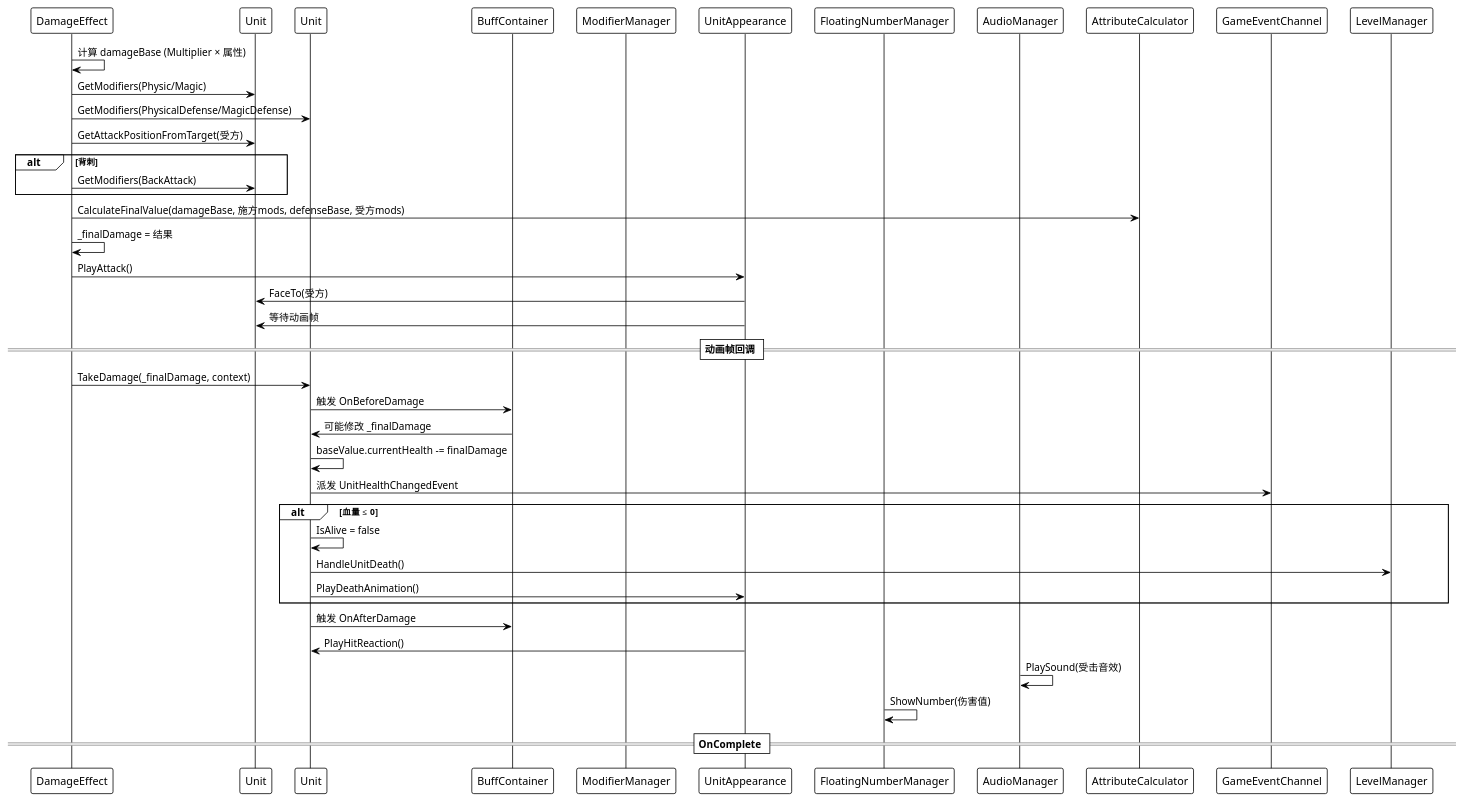
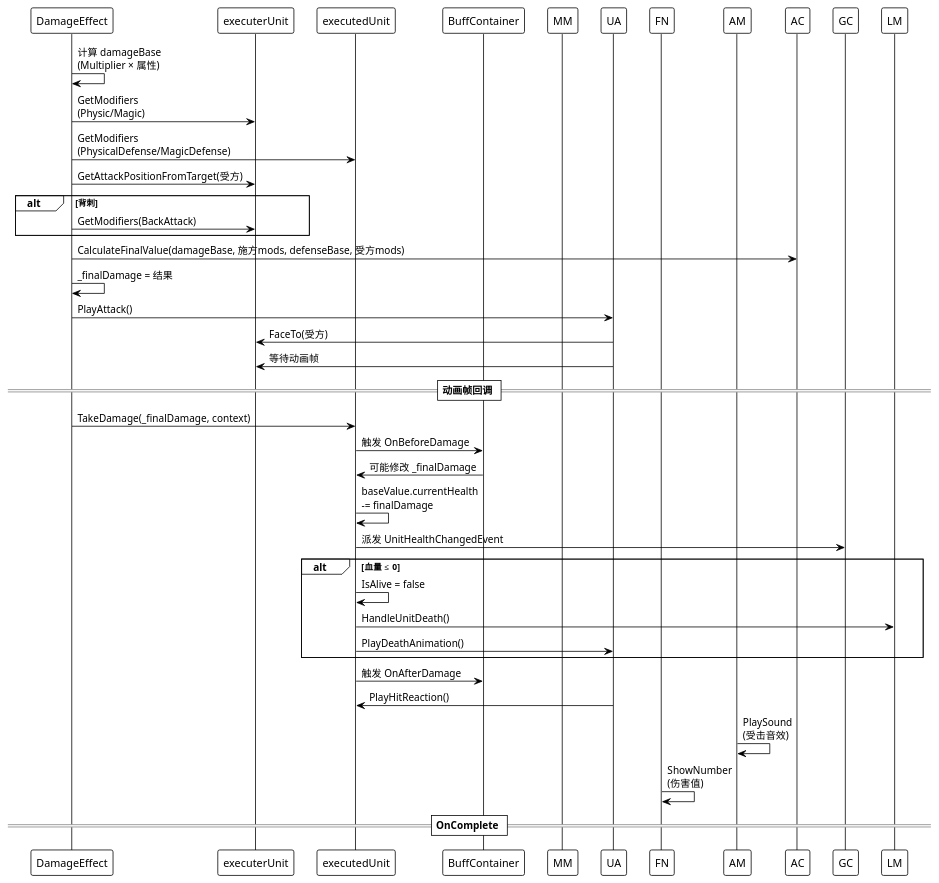
Before and after one commit to W00denL0ve/CardChess: the first of 2 diagrams in docs/design/system-overview/unit-system.md, drawn with PlantUML. The commit also changed other lines of this file and 40 other files, not shown here.

````diff
--- a/docs/design/system-overview/unit-system.md
+++ b/docs/design/system-overview/unit-system.md
@@ -122,49 +122,49 @@
 ```plantuml
 @startuml
 !theme plain
 skinparam defaultFontName Microsoft YaHei
 
 participant DamageEffect
-participant Unit as 施方
-participant Unit as 受方
+participant executerUnit as 施方
+participant executedUnit as 受方
 participant BuffContainer
-participant ModifierManager
-participant UnitAppearance
-participant FloatingNumberManager
-participant AudioManager
+participant MM as MM
+participant UA as UnitAppearance
+participant FN as FN
+participant AM as AM
 
-DamageEffect -> DamageEffect : 计算 damageBase (Multiplier × 属性)
-DamageEffect -> 施方 : GetModifiers(Physic/Magic)
-DamageEffect -> 受方 : GetModifiers(PhysicalDefense/MagicDefense)
+DamageEffect -> DamageEffect : 计算 damageBase\n(Multiplier × 属性)
+DamageEffect -> 施方 : GetModifiers\n(Physic/Magic)
+DamageEffect -> 受方 : GetModifiers\n(PhysicalDefense/MagicDefense)
 DamageEffect -> 施方 : GetAttackPositionFromTarget(受方)
 
 alt 背刺
   DamageEffect -> 施方 : GetModifiers(BackAttack)
 end
 
-DamageEffect -> AttributeCalculator : CalculateFinalValue(damageBase, 施方mods, defenseBase, 受方mods)
+DamageEffect -> AC : CalculateFinalValue(damageBase, 施方mods, defenseBase, 受方mods)
 DamageEffect -> DamageEffect : _finalDamage = 结果
 
 DamageEffect -> UnitAppearance : PlayAttack()
 UnitAppearance -> 施方 : FaceTo(受方)
 UnitAppearance -> 施方 : 等待动画帧
 
 == 动画帧回调 ==
 DamageEffect -> 受方 : TakeDamage(_finalDamage, context)
 受方 -> BuffContainer : 触发 OnBeforeDamage
 BuffContainer -> 受方 : 可能修改 _finalDamage
-受方 -> 受方 : baseValue.currentHealth -= finalDamage
-受方 -> GameEventChannel : 派发 UnitHealthChangedEvent
+受方 -> 受方 : baseValue.currentHealth\n-= finalDamage
+受方 -> GC : 派发 UnitHealthChangedEvent
 alt 血量 ≤ 0
   受方 -> 受方 : IsAlive = false
-  受方 -> LevelManager : HandleUnitDeath()
+  受方 -> LM : HandleUnitDeath()
   受方 -> UnitAppearance : PlayDeathAnimation()
 end
 受方 -> BuffContainer : 触发 OnAfterDamage
 UnitAppearance -> 受方 : PlayHitReaction()
-AudioManager -> AudioManager : PlaySound(受击音效)
-FloatingNumberManager -> FloatingNumberManager : ShowNumber(伤害值)
+AM -> AM : PlaySound\n(受击音效)
+FN -> FN : ShowNumber\n(伤害值)
 
 == OnComplete ==
 @enduml
 ```
````
